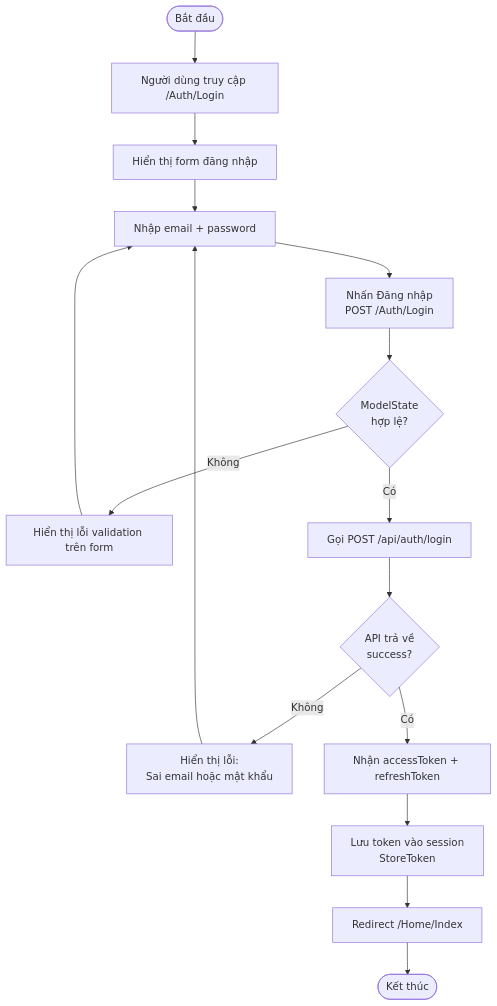
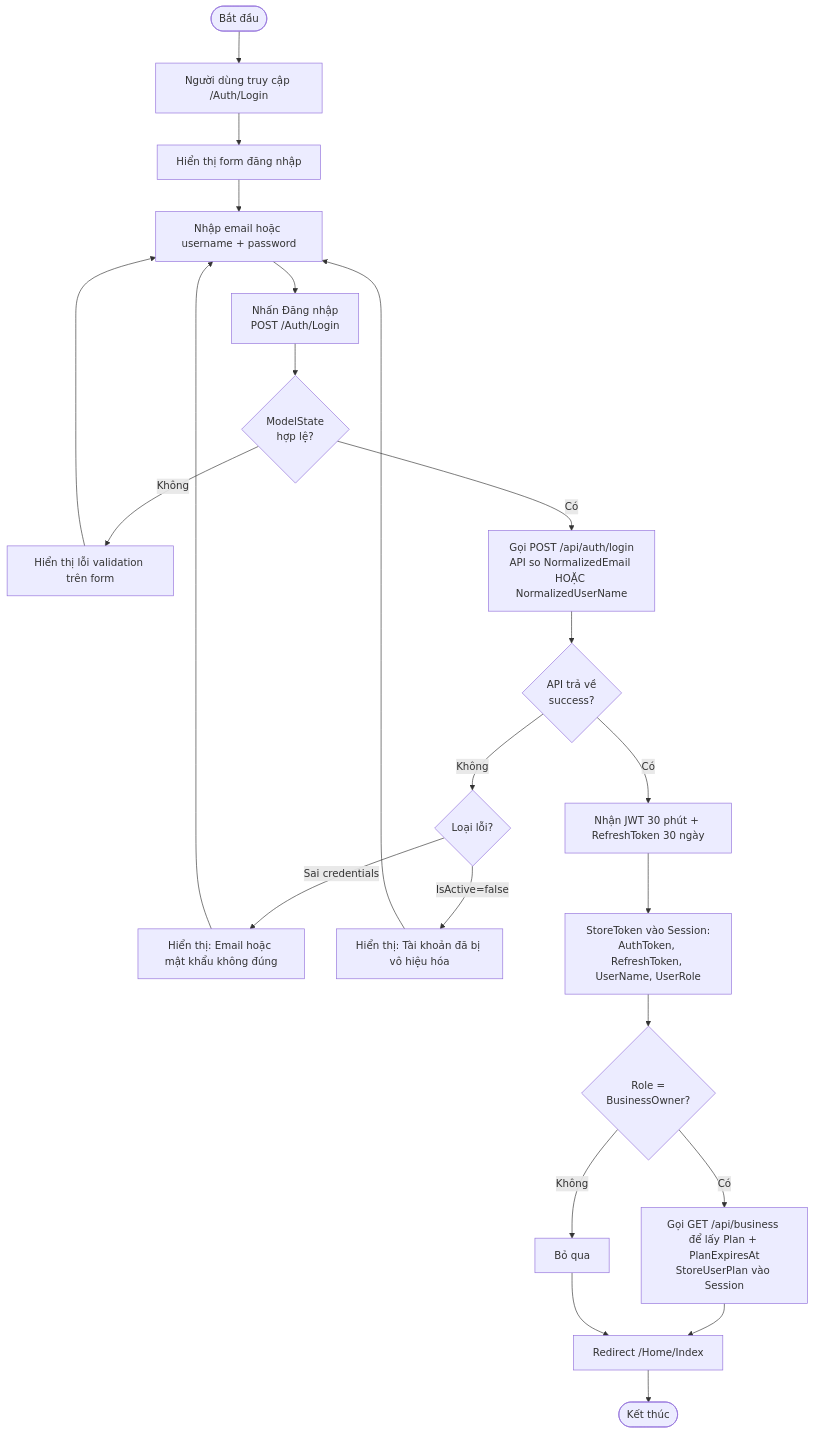
One commit to NguyenAlpha/LocateAndMultilingualNarration changed the first of 21 diagrams in Docs/Activity Diagrams – Web Admin.md. Above: the diagram before and after it, drawn with Mermaid. The commit also changed other lines of this file and 1 other file, not shown here.

Commit message:
Update Mobile API Endpoints Summary with detailed descriptions and JSON response examples for each endpoint

````diff
--- a/Docs/Activity Diagrams – Web Admin.md
+++ b/Docs/Activity Diagrams – Web Admin.md
@@ -22,18 +33,25 @@
 ```mermaid
 flowchart TD
     A([Bắt đầu]) --> B[Người dùng truy cập /Auth/Login]
     B --> C[Hiển thị form đăng nhập]
-    C --> D[Nhập email + password]
+    C --> D[Nhập email hoặc username + password]
     D --> E[Nhấn Đăng nhập\nPOST /Auth/Login]
     E --> F{ModelState\nhợp lệ?}
     F -- Không --> G[Hiển thị lỗi validation trên form]
     G --> D
-    F -- Có --> H[Gọi POST /api/auth/login]
+    F -- Có --> H[Gọi POST /api/auth/login\nAPI so NormalizedEmail HOẶC NormalizedUserName]
     H --> I{API trả về\nsuccess?}
-    I -- Không --> J[Hiển thị lỗi:\nSai email hoặc mật khẩu]
-    J --> D
-    I -- Có --> K[Nhận accessToken + refreshToken]
-    K --> L[Lưu token vào session\nStoreToken]
-    L --> M[Redirect /Home/Index]
-    M --> N([Kết thúc])
+    I -- Không --> J{Loại lỗi?}
+    J -- Sai credentials --> K[Hiển thị: Email hoặc mật khẩu không đúng]
+    J -- IsActive=false --> L[Hiển thị: Tài khoản đã bị vô hiệu hóa]
+    K --> D
+    L --> D
+    I -- Có --> M[Nhận JWT 30 phút + RefreshToken 30 ngày]
+    M --> N[StoreToken vào Session:\nAuthToken, RefreshToken, UserName, UserRole]
+    N --> O{Role =\nBusinessOwner?}
+    O -- Có --> P[Gọi GET /api/business để lấy Plan + PlanExpiresAt\nStoreUserPlan vào Session]
+    O -- Không --> Q[Bỏ qua]
+    P --> R[Redirect /Home/Index]
+    Q --> R
+    R --> S([Kết thúc])
 ```
````
